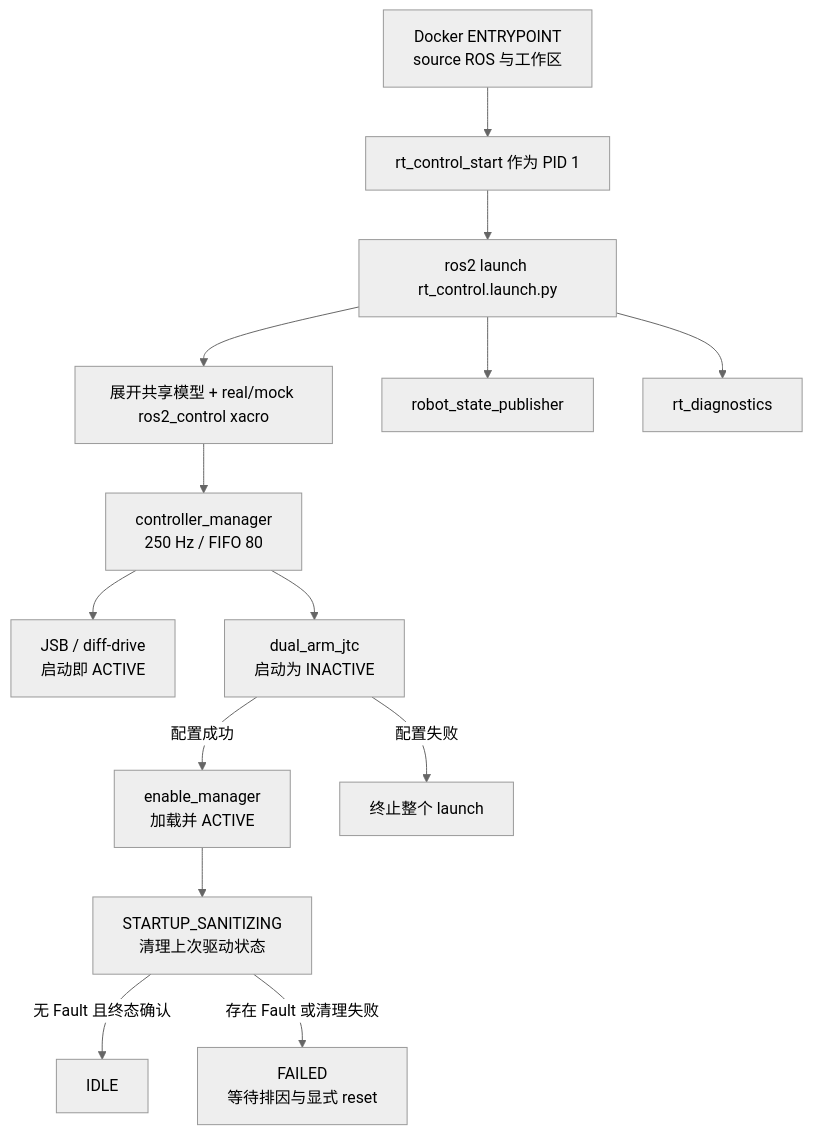
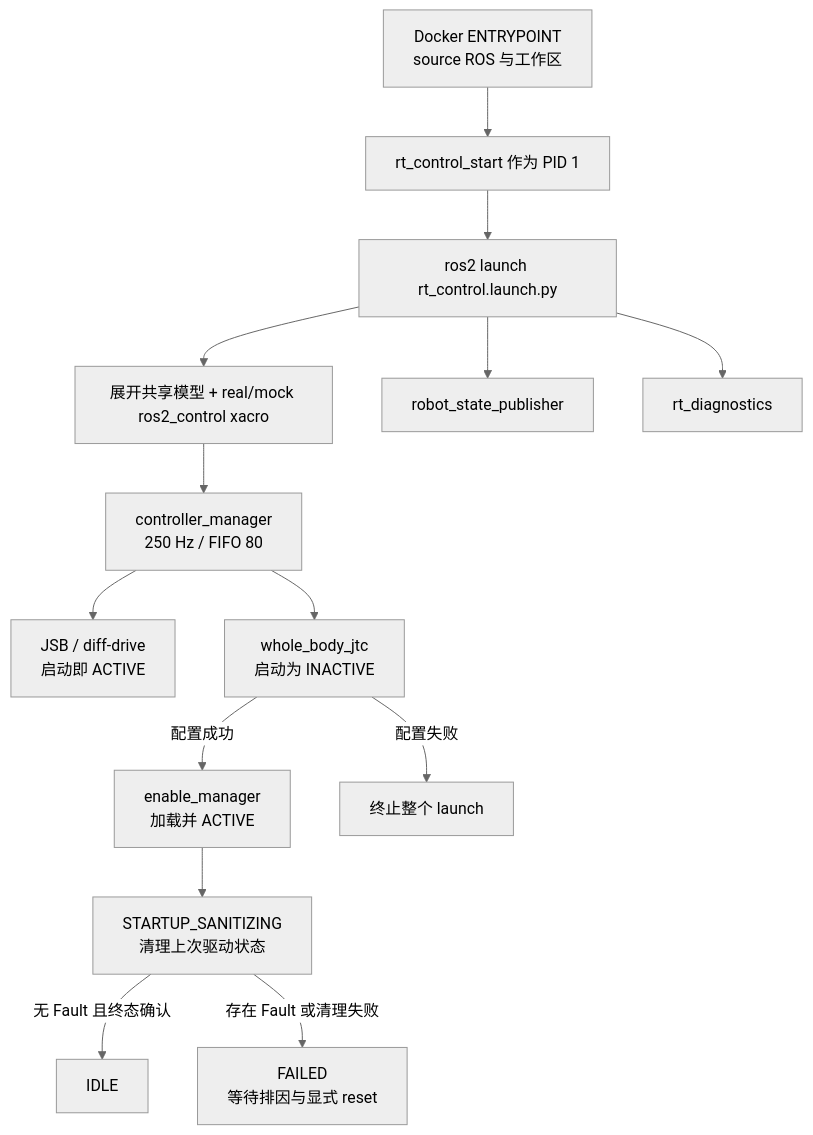
The third of 4 diagrams in domains/rt_control/docs/onboarding-knowledge-map.md (SevenovaHangzhou/robot_driver), drawn with Mermaid (neutral theme) before and after one commit. The commit also changed other lines of this file and 20 other files, not shown here.

````diff
--- a/domains/rt_control/docs/onboarding-knowledge-map.md
+++ b/domains/rt_control/docs/onboarding-knowledge-map.md
@@ -117,16 +117,16 @@
 ```mermaid
 flowchart TD
     D[Docker ENTRYPOINT<br/>source ROS 与工作区] --> P[rt_control_start 作为 PID 1]
     P --> L[ros2 launch rt_control.launch.py]
     L --> X[展开共享模型 + real/mock ros2_control xacro]
     X --> CM[controller_manager<br/>250 Hz / FIFO 80]
     L --> RSP[robot_state_publisher]
     L --> DIAG[rt_diagnostics]
     CM --> A[JSB / diff-drive<br/>启动即 ACTIVE]
-    CM --> J[dual_arm_jtc<br/>启动为 INACTIVE]
+    CM --> J[whole_body_jtc<br/>启动为 INACTIVE]
     J -->|配置成功| EM[enable_manager<br/>加载并 ACTIVE]
     EM --> SS[STARTUP_SANITIZING<br/>清理上次驱动状态]
     SS -->|无 Fault 且终态确认| IDLE[IDLE]
     SS -->|存在 Fault 或清理失败| FAILED[FAILED<br/>等待排因与显式 reset]
     J -->|配置失败| STOP[终止整个 launch]
 ```
````
